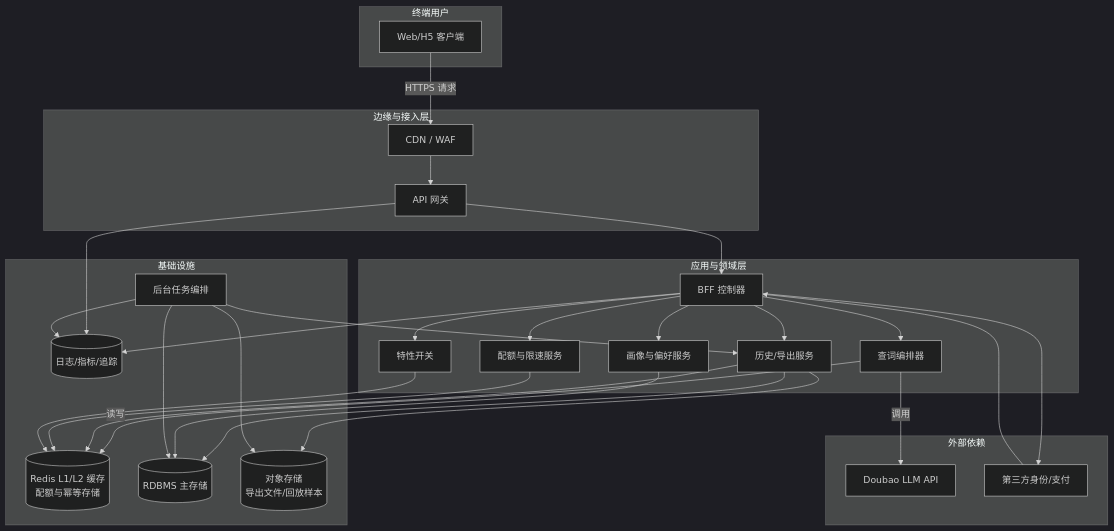
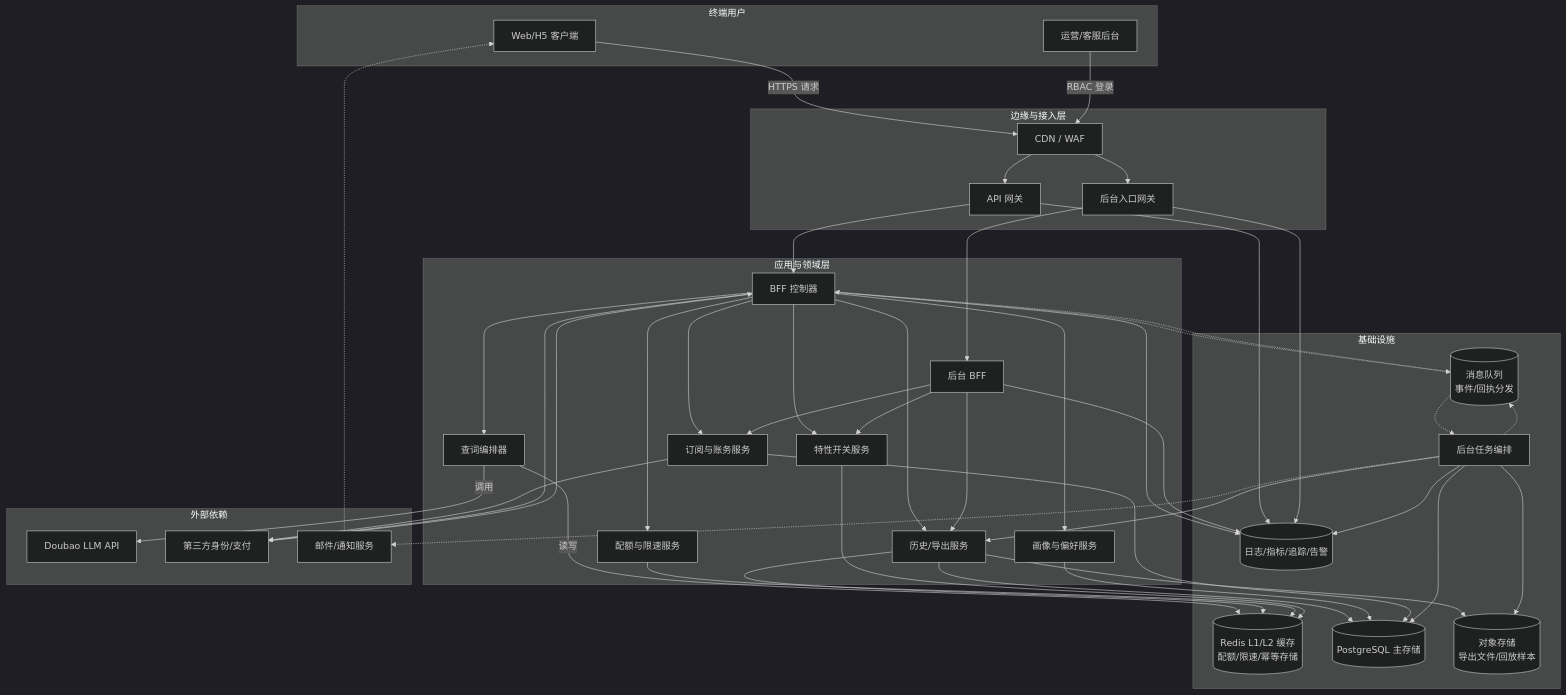
The first of 3 diagrams in doc/需求说明文档/Appendix/附录 C 图示（系统上下文、时序、状态机）.md (TaylorChyi/glancy), drawn with Mermaid (dark theme) before and after one commit. The commit also changed other lines of this file, not shown here.

Commit message:
完善附录C系统图示

````diff
--- a/doc/需求说明文档/Appendix/附录 C 图示（系统上下文、时序、状态机）.md
+++ b/doc/需求说明文档/Appendix/附录 C 图示（系统上下文、时序、状态机）.md
@@ -9,56 +9,77 @@
 ```mermaid
 flowchart TB
     subgraph User[终端用户]
         Client[Web/H5 客户端]
+        Admin[运营/客服后台]
     end
 
     subgraph Edge[边缘与接入层]
         CDN[CDN / WAF]
         APIGW[API 网关]
+        AdminGW[后台入口网关]
     end
 
     subgraph App[应用与领域层]
         BFF[BFF 控制器]
+        AdminBFF[后台 BFF]
         Orchestrator[查词编排器]
         ProfileSvc[画像与偏好服务]
         HistorySvc[历史/导出服务]
         QuotaSvc[配额与限速服务]
-        FeatureFlag[特性开关]
+        FeatureFlag[特性开关服务]
+        Billing[订阅与账务服务]
     end
 
     subgraph Infra[基础设施]
-        Redis[(Redis L1/L2 缓存\n配额与幂等存储)]
-        RDBMS[(RDBMS 主存储)]
+        Redis[(Redis L1/L2 缓存\n配额/限速/幂等存储)]
+        RDBMS[(PostgreSQL 主存储)]
         ObjectStore[(对象存储\n导出文件/回放样本)]
-        Observability[(日志/指标/追踪)]
+        Observability[(日志/指标/追踪/告警)]
         Tasker[后台任务编排]
+        Queue[(消息队列\n事件/回执分发)]
     end
 
     subgraph External[外部依赖]
         LLM[Doubao LLM API]
         IdP[第三方身份/支付]
+        Mailer[邮件/通知服务]
     end
 
     Client -->|HTTPS 请求| CDN --> APIGW --> BFF
+    Admin -->|RBAC 登录| CDN --> AdminGW --> AdminBFF
     BFF --> Orchestrator
     BFF --> ProfileSvc
     BFF --> HistorySvc
     BFF --> QuotaSvc
     BFF --> FeatureFlag
+    BFF --> Billing
+    AdminBFF --> HistorySvc
+    AdminBFF --> Billing
+    AdminBFF --> FeatureFlag
     Orchestrator -->|读写| Redis
     Orchestrator -->|调用| LLM
     HistorySvc --> Redis
     HistorySvc --> RDBMS
     HistorySvc --> ObjectStore
     ProfileSvc --> RDBMS
     QuotaSvc --> Redis
     FeatureFlag --> Redis
+    Billing --> RDBMS
+    Billing --> IdP
     BFF --> Observability
+    AdminBFF --> Observability
     APIGW --> Observability
+    AdminGW --> Observability
     Tasker --> HistorySvc
     Tasker --> ObjectStore
     Tasker --> RDBMS
+    Tasker -.-> Queue
     Tasker --> Observability
+    Queue -.-> Tasker
+    BFF -.-> Queue
+    Queue -.-> BFF
     BFF --> IdP
     IdP --> BFF
+    Tasker -.-> Mailer
+    Mailer -.-> Client
 ```
````
